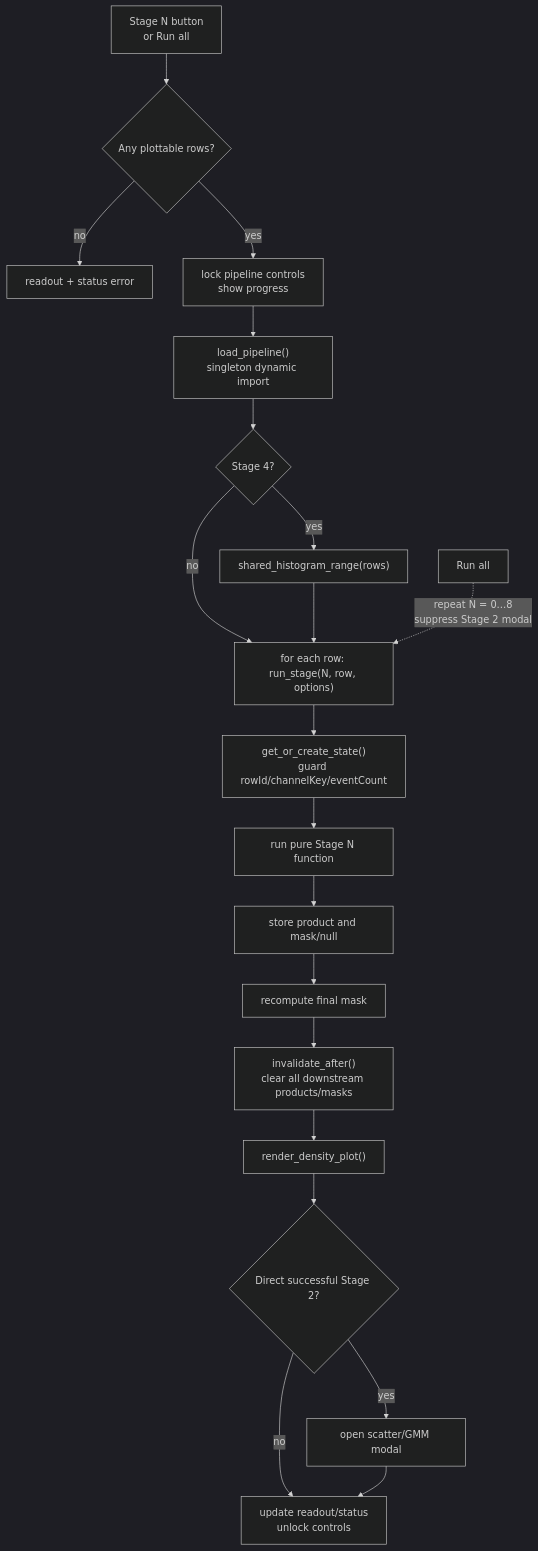
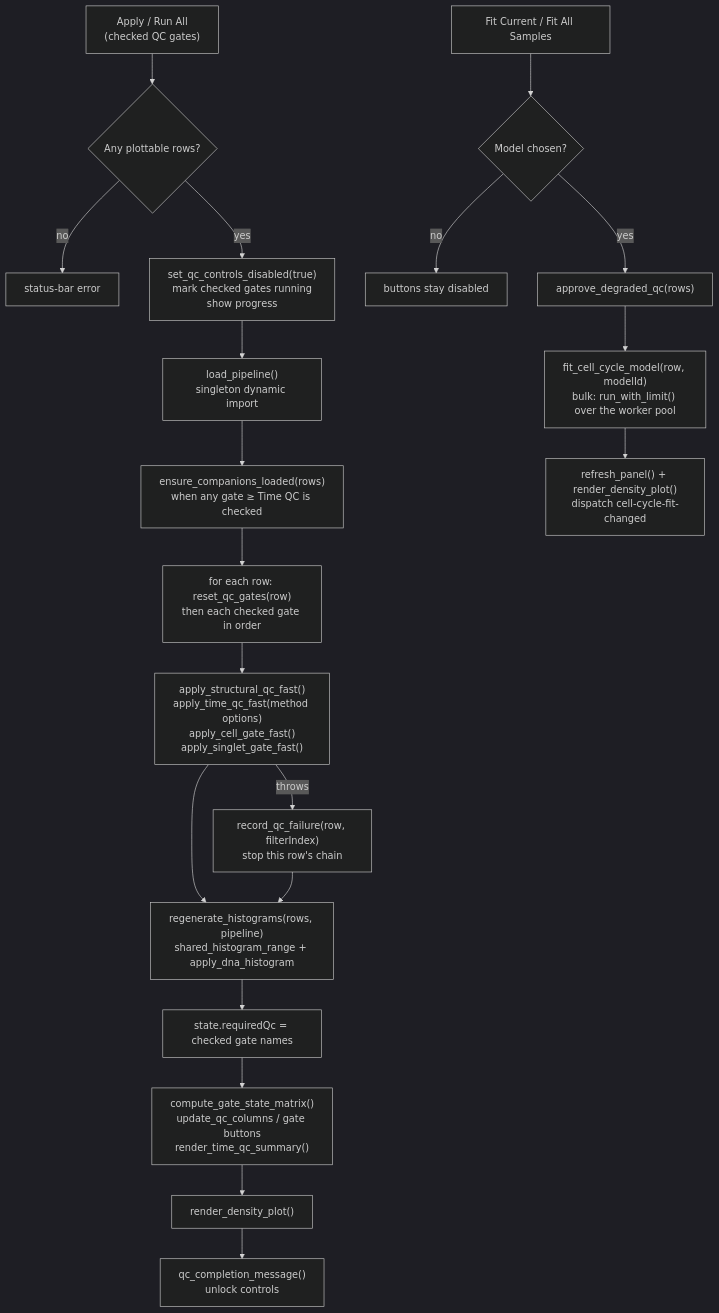
The seventh of 13 diagrams in docs/code-flow-diagrams.md (Latent-Lens/phase_finder), drawn with Mermaid (dark theme) before and after one commit. The commit also changed other lines of this file and 15 other files, not shown here.

First line of the commit message:
docs(architecture): rewrite the diagrams for the current pipeline

````diff
--- a/docs/code-flow-diagrams.md
+++ b/docs/code-flow-diagrams.md
@@ -276,22 +281,23 @@
 ```mermaid
 flowchart TD
-  USER["Stage N button<br/>or Run all"] --> ROWS{"Any plottable rows?"}
-  ROWS -- "no" --> ERR["readout + status error"]
-  ROWS -- "yes" --> LOCK["lock pipeline controls<br/>show progress"]
+  USER["Apply / Run All<br/>(checked QC gates)"] --> ROWS{"Any plottable rows?"}
+  ROWS -- "no" --> ERR["status-bar error"]
+  ROWS -- "yes" --> LOCK["set_qc_controls_disabled(true)<br/>mark checked gates running<br/>show progress"]
   LOCK --> LOAD["load_pipeline()<br/>singleton dynamic import"]
-  LOAD --> OPT{"Stage 4?"}
-  OPT -- "yes" --> RANGE["shared_histogram_range(rows)"]
-  OPT -- "no" --> EACH
-  RANGE --> EACH["for each row: run_stage(N, row, options)"]
-  EACH --> GUARD["get_or_create_state()<br/>guard rowId/channelKey/eventCount"]
-  GUARD --> PURE["run pure Stage N function"]
-  PURE --> STORE["store product and mask/null"]
-  STORE --> MASK["recompute final mask"]
-  MASK --> INVALID["invalidate_after()<br/>clear all downstream products/masks"]
-  INVALID --> DRAW["render_density_plot()"]
-  DRAW --> MODAL{"Direct successful Stage 2?"}
-  MODAL -- "yes" --> SCATTER["open scatter/GMM modal"]
-  MODAL -- "no" --> DONE
-  SCATTER --> DONE["update readout/status<br/>unlock controls"]
-  RUNALL["Run all"] -. "repeat N = 0…8<br/>suppress Stage 2 modal" .-> EACH
+  LOAD --> COMP["ensure_companions_loaded(rows)<br/>when any gate ≥ Time QC is checked"]
+  COMP --> EACH["for each row: reset_qc_gates(row)<br/>then each checked gate in order"]
+  EACH --> FAST["apply_structural_qc_fast()<br/>apply_time_qc_fast(method options)<br/>apply_cell_gate_fast()<br/>apply_singlet_gate_fast()"]
+  FAST -- "throws" --> FAIL["record_qc_failure(row, filterIndex)<br/>stop this row's chain"]
+  FAST --> HIST["regenerate_histograms(rows, pipeline)<br/>shared_histogram_range + apply_dna_histogram"]
+  FAIL --> HIST
+  HIST --> REQ["state.requiredQc = checked gate names"]
+  REQ --> COLS["compute_gate_state_matrix()<br/>update_qc_columns / gate buttons<br/>render_time_qc_summary()"]
+  COLS --> DRAW["render_density_plot()"]
+  DRAW --> DONE["qc_completion_message()<br/>unlock controls"]
+
+  FITBTN["Fit Current / Fit All Samples"] --> MODEL{"Model chosen?"}
+  MODEL -- "no" --> FITERR["buttons stay disabled"]
+  MODEL -- "yes" --> WAIVER["approve_degraded_qc(rows)"]
+  WAIVER --> DISPATCH["fit_cell_cycle_model(row, modelId)<br/>bulk: run_with_limit() over the worker pool"]
+  DISPATCH --> REFRESH["refresh_panel() + render_density_plot()<br/>dispatch cell-cycle-fit-changed"]
 ```
````
